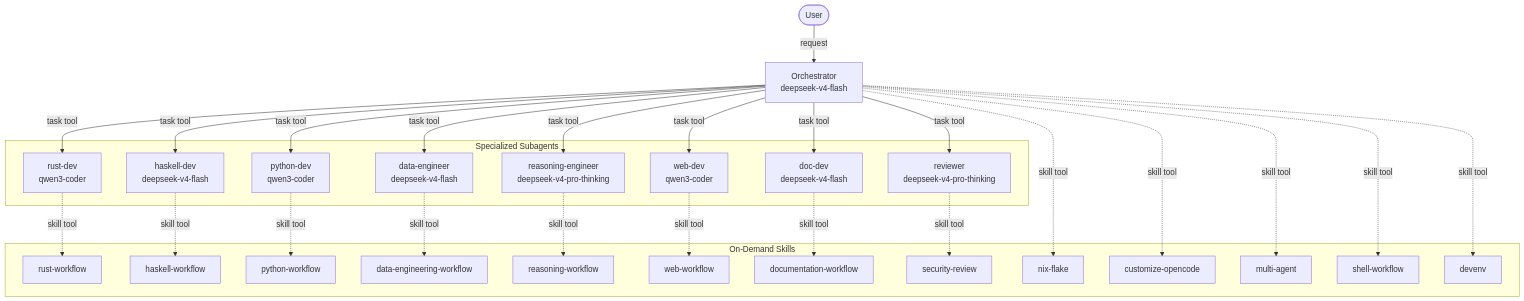
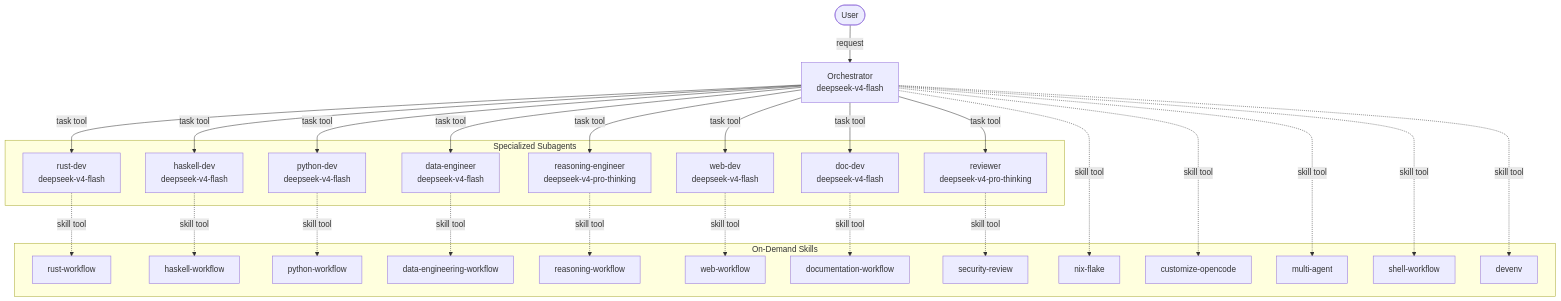
One commit to Dietr1ch/mttm changed the diagram in README.org. Above: the diagram before and after it, drawn with Mermaid. The commit also changed other lines of this file, not shown here.

```diff
--- a/README.org
+++ b/README.org
@@ -46,54 +46,54 @@
 #+begin_src mermaid :file .img/architecture.png :width 1024px :exports both
   flowchart TB
       User([User]) -->|request| ORC[Orchestrator<br/>deepseek-v4-flash]
 
       subgraph Subagents [Specialized Subagents]
-          RS[rust-dev<br/>qwen3-coder]
+          RS[rust-dev<br/>deepseek-v4-flash]
           HS[haskell-dev<br/>deepseek-v4-flash]
-          PY[python-dev<br/>qwen3-coder]
+          PY[python-dev<br/>deepseek-v4-flash]
           DE[data-engineer<br/>deepseek-v4-flash]
           RE[reasoning-engineer<br/>deepseek-v4-pro-thinking]
-          WB[web-dev<br/>qwen3-coder]
+          WB[web-dev<br/>deepseek-v4-flash]
           DD[doc-dev<br/>deepseek-v4-flash]
           RV[reviewer<br/>deepseek-v4-pro-thinking]
       end
 
       ORC -->|task tool| RS
       ORC -->|task tool| HS
       ORC -->|task tool| PY
       ORC -->|task tool| DE
       ORC -->|task tool| RE
       ORC -->|task tool| WB
       ORC -->|task tool| DD
       ORC -->|task tool| RV
 
       subgraph Skills [On-Demand Skills]
           SK1[rust-workflow]
           SK2[haskell-workflow]
           SK3[python-workflow]
           SK4[data-engineering-workflow]
           SK5[reasoning-workflow]
           SK6[web-workflow]
           SK7[shell-workflow]
           SK8[nix-flake]
           SK9[customize-opencode]
           SK10[multi-agent]
           SK11[documentation-workflow]
           SK12[devenv]
           SK13[security-review]
       end
 
       RS -.->|skill tool| SK1
       HS -.->|skill tool| SK2
       PY -.->|skill tool| SK3
       DE -.->|skill tool| SK4
       RE -.->|skill tool| SK5
       WB -.->|skill tool| SK6
       DD -.->|skill tool| SK11
       ORC -.->|skill tool| SK8
       ORC -.->|skill tool| SK9
       ORC -.->|skill tool| SK10
       ORC -.->|skill tool| SK7
       ORC -.->|skill tool| SK12
       RV -.->|skill tool| SK13
 #+end_src
```
